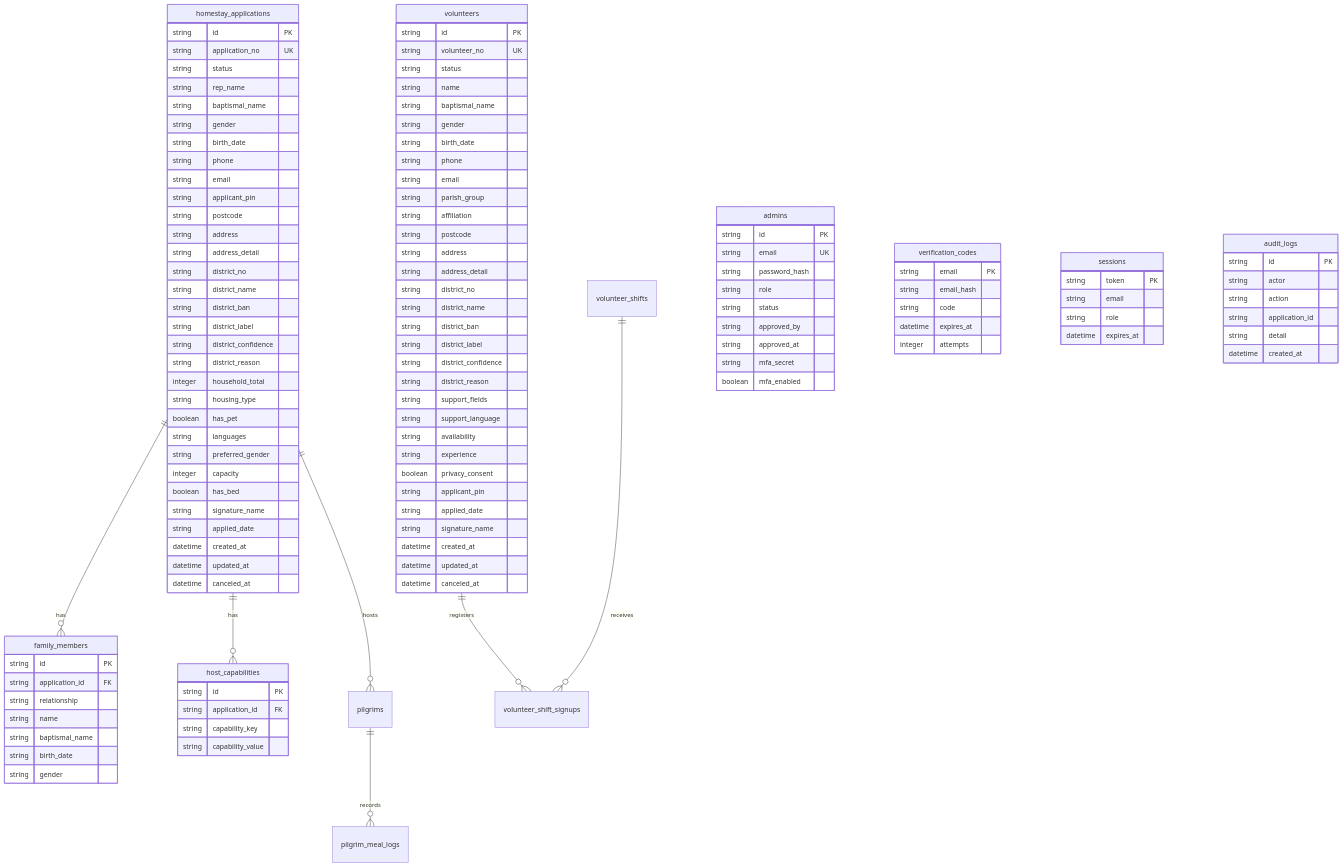
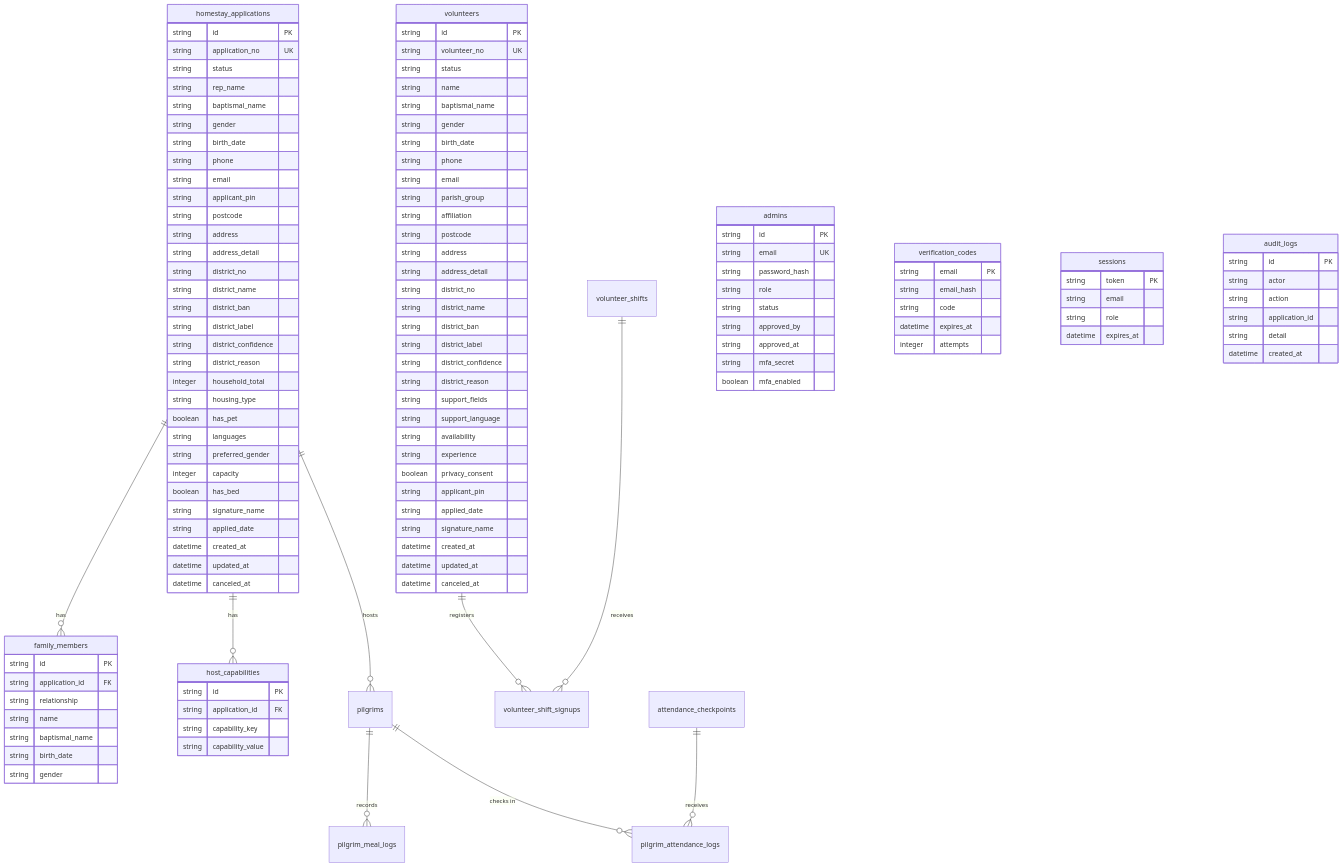
The diagram in docs/DATABASE.md (brotheroak/2027-wyd-kr-segok-management-system), drawn with Mermaid before and after one commit. The commit also changed other lines of this file and 13 other files, not shown here.

Commit message:
feat: add pilgrim attendance location tracking

```diff
--- a/docs/DATABASE.md
+++ b/docs/DATABASE.md
@@ -116,6 +118,8 @@
     volunteers ||--o{ volunteer_shift_signups : "registers"
     volunteer_shifts ||--o{ volunteer_shift_signups : "receives"
     pilgrims ||--o{ pilgrim_meal_logs : "records"
+    pilgrims ||--o{ pilgrim_attendance_logs : "checks in"
+    attendance_checkpoints ||--o{ pilgrim_attendance_logs : "receives"
 
     homestay_applications {
         string id PK
```
